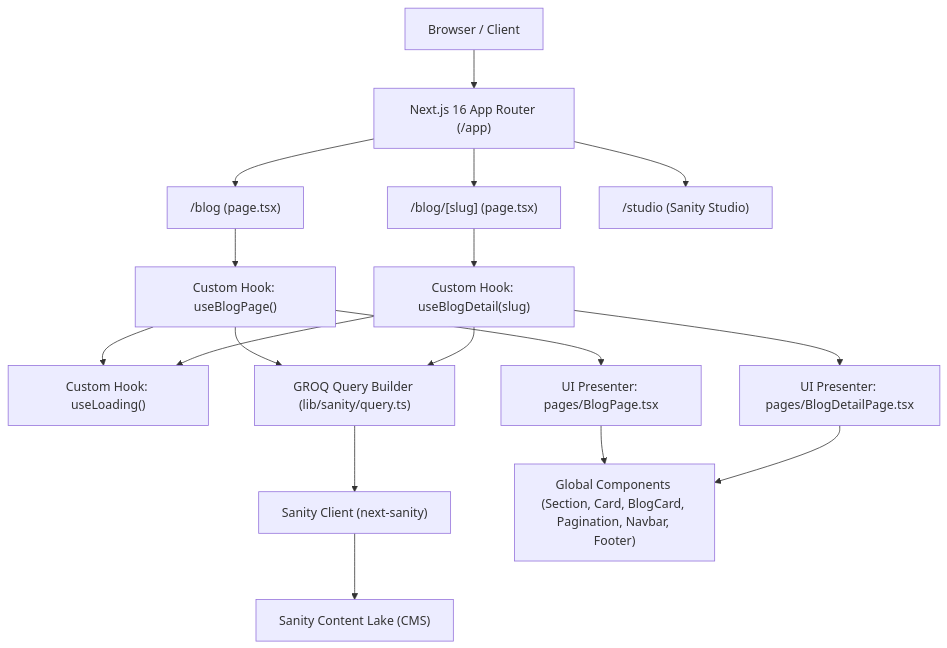
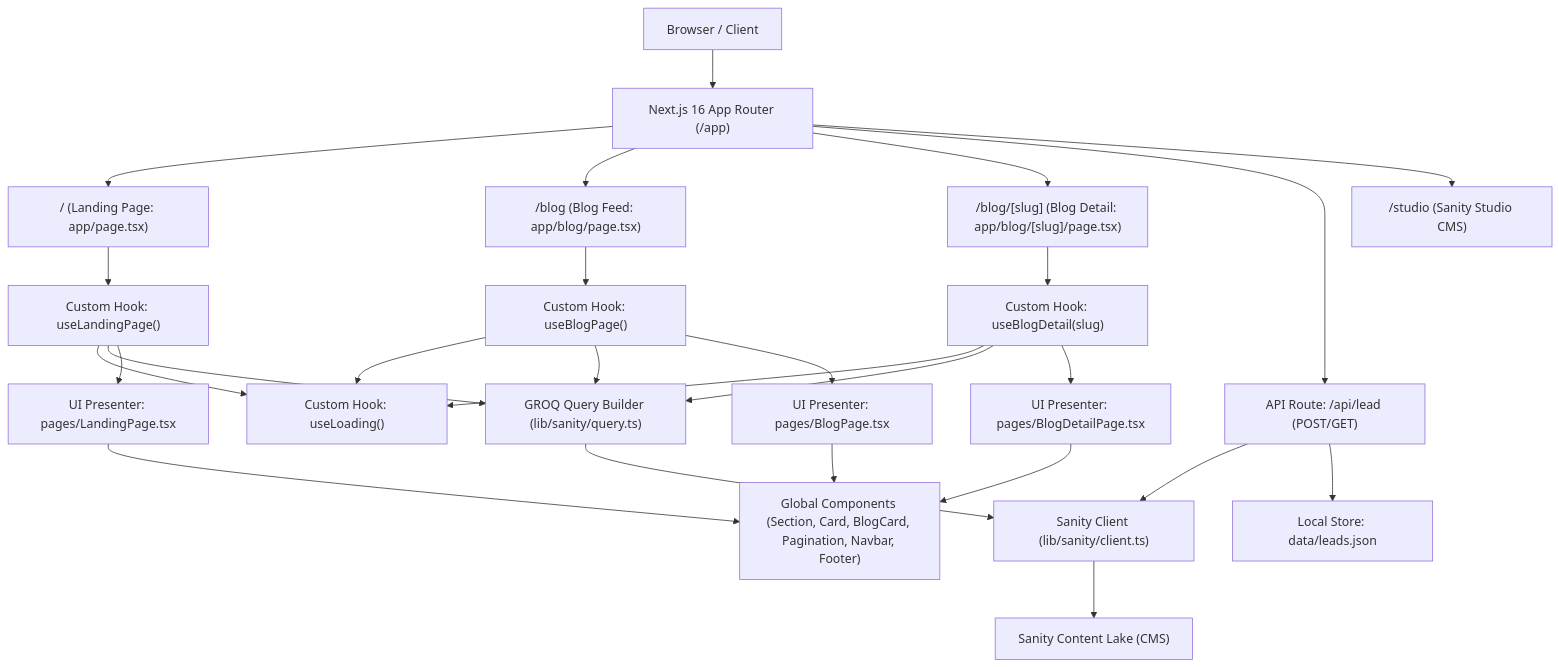
One commit to Sadampayoda/kodeva changed the diagram in README.md. Above: the diagram before and after it, drawn with Mermaid. The commit also changed other lines of this file and 26 other files, not shown here.

First line of the commit message:
feat(landing): implement CMS-driven landing sections, lead capture with spam protection, and schemas

````diff
--- a/README.md
+++ b/README.md
@@ -44,25 +47,34 @@
 ```mermaid
 flowchart TD
     Browser["Browser / Client"] --> NextRouter["Next.js 16 App Router (/app)"]
-    NextRouter --> BlogFeedRoute["/blog (page.tsx)"]
-    NextRouter --> BlogDetailRoute["/blog/[slug] (page.tsx)"]
-    NextRouter --> StudioRoute["/studio (Sanity Studio)"]
+    NextRouter --> LandingRoute["/ (Landing Page: app/page.tsx)"]
+    NextRouter --> BlogFeedRoute["/blog (Blog Feed: app/blog/page.tsx)"]
+    NextRouter --> BlogDetailRoute["/blog/[slug] (Blog Detail: app/blog/[slug]/page.tsx)"]
+    NextRouter --> LeadApi["API Route: /api/lead (POST/GET)"]
+    NextRouter --> StudioRoute["/studio (Sanity Studio CMS)"]
     
+    LandingRoute --> UseLanding["Custom Hook: useLandingPage()"]
     BlogFeedRoute --> UseBlogPage["Custom Hook: useBlogPage()"]
     BlogDetailRoute --> UseBlogDetail["Custom Hook: useBlogDetail(slug)"]
     
-    UseBlogPage --> UseLoading["Custom Hook: useLoading()"]
+    UseLanding --> UseLoading["Custom Hook: useLoading()"]
+    UseBlogPage --> UseLoading
     UseBlogDetail --> UseLoading
     
-    UseBlogPage --> QueryBuilder["GROQ Query Builder (lib/sanity/query.ts)"]
+    UseLanding --> QueryBuilder["GROQ Query Builder (lib/sanity/query.ts)"]
+    UseBlogPage --> QueryBuilder
     UseBlogDetail --> QueryBuilder
     
-    QueryBuilder --> SanityClient["Sanity Client (next-sanity)"]
+    QueryBuilder --> SanityClient["Sanity Client (lib/sanity/client.ts)"]
+    LeadApi --> SanityClient
     SanityClient --> SanityLake["Sanity Content Lake (CMS)"]
+    LeadApi --> LocalLeads["Local Store: data/leads.json"]
     
+    UseLanding --> LandingPresenter["UI Presenter: pages/LandingPage.tsx"]
     UseBlogPage --> BlogPagePresenter["UI Presenter: pages/BlogPage.tsx"]
     UseBlogDetail --> BlogDetailPresenter["UI Presenter: pages/BlogDetailPage.tsx"]
     
-    BlogPagePresenter --> Components["Global Components (Section, Card, BlogCard, Pagination, Navbar, Footer)"]
+    LandingPresenter --> Components["Global Components (Section, Card, BlogCard, Pagination, Navbar, Footer)"]
+    BlogPagePresenter --> Components
     BlogDetailPresenter --> Components
 ```
````
